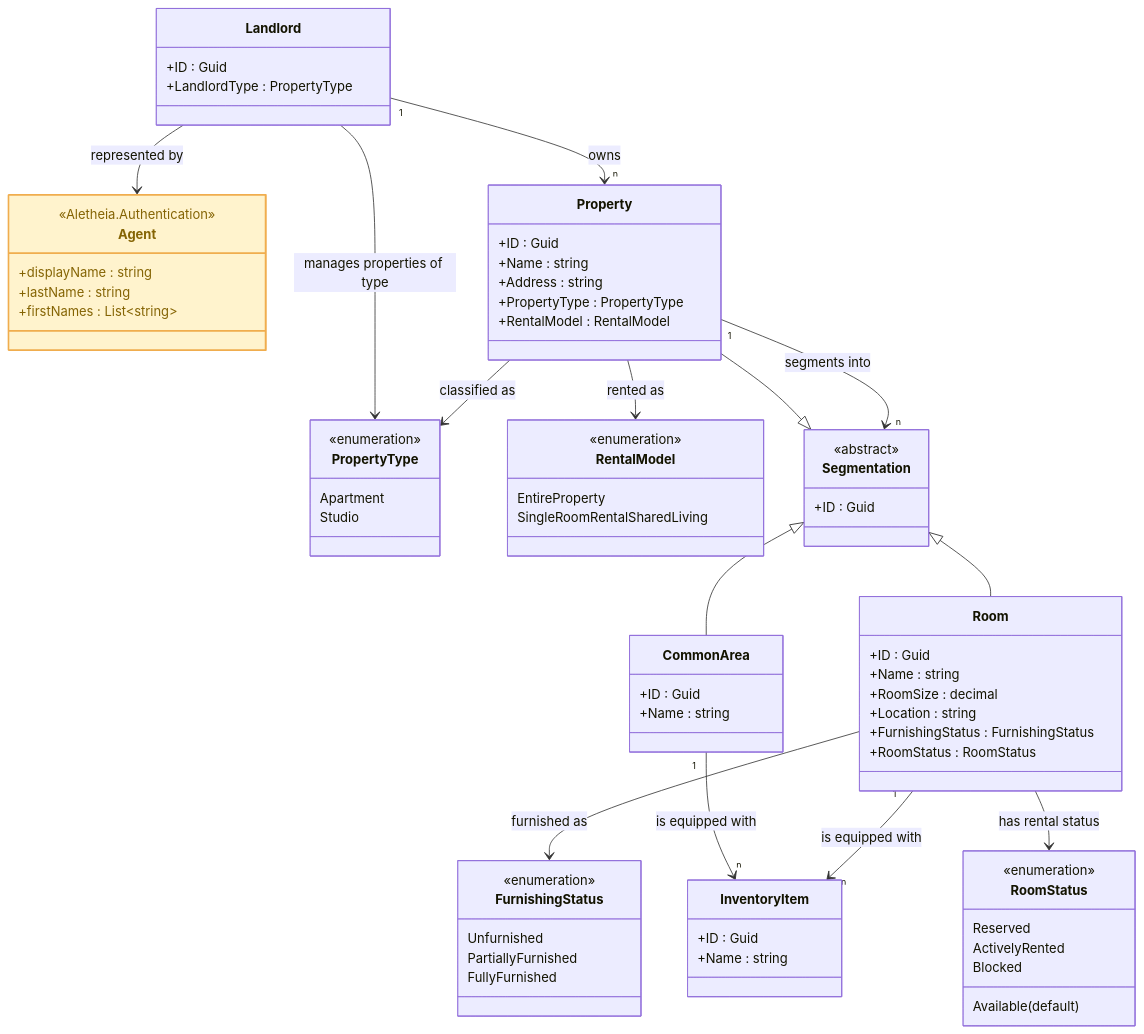
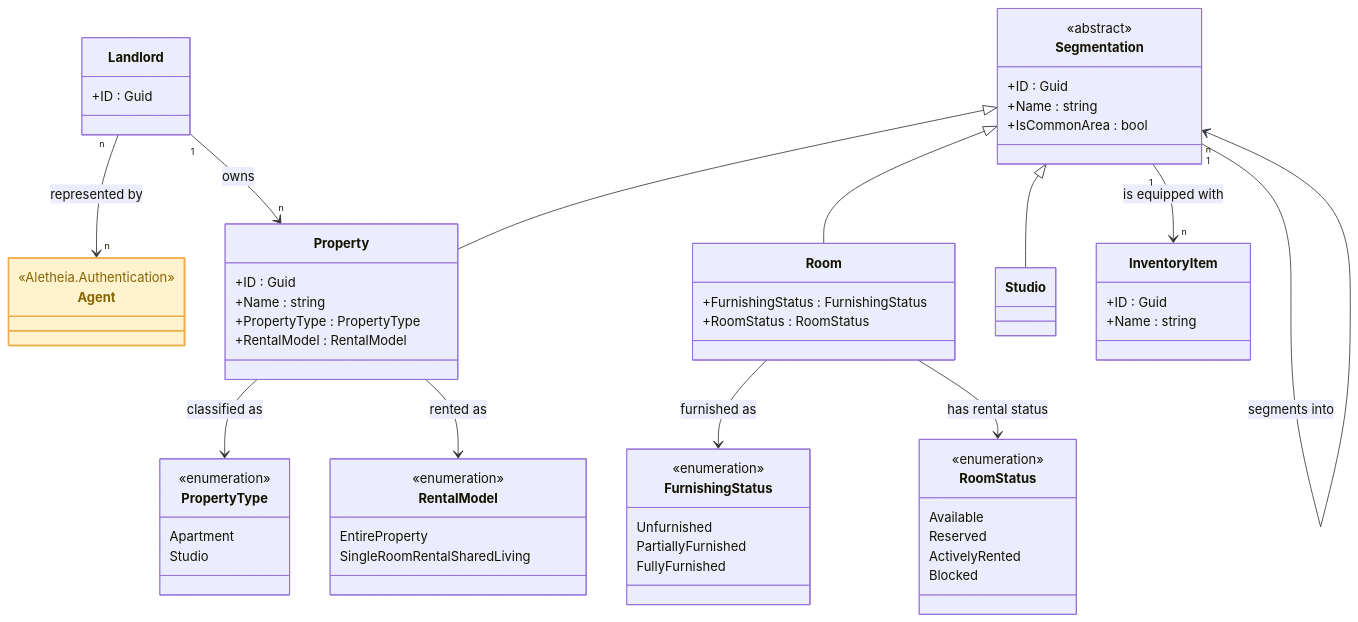
Before and after one commit to Rennnyyy/Homestia: the diagram in Homestia/spec/realestate-domain.mermaid, drawn with Mermaid.

Commit message:
spec: enhance real estate domain

```diff
--- a/Homestia/spec/realestate-domain.mermaid
+++ b/Homestia/spec/realestate-domain.mermaid
@@ -1,98 +1,87 @@
 classDiagram
     direction TB
 
     %% ── CORE: Aletheia.Authentication.Agent (from Aletheia core — NOT our code) ──
     class Agent {
         <<Aletheia.Authentication>>
-        +displayName : string
-        +lastName : string
-        +firstNames : List~string~
     }
 
     %% ── ENUMS ───────────────────────────────────────────────────
     class PropertyType {
         <<enumeration>>
         Apartment
         Studio
     }
 
     class RentalModel {
         <<enumeration>>
         EntireProperty
         SingleRoomRentalSharedLiving
     }
 
     class FurnishingStatus {
         <<enumeration>>
         Unfurnished
         PartiallyFurnished
         FullyFurnished
     }
 
     class RoomStatus {
         <<enumeration>>
-        Available (default)
+        Available
         Reserved
         ActivelyRented
         Blocked
     }
 
     %% ── AGGREGATE: RealEstate ───────────────────────────────────
     class Landlord {
         +ID : Guid
-        +LandlordType : PropertyType
     }
 
     class Property {
         +ID : Guid
         +Name : string
-        +Address : string
         +PropertyType : PropertyType
         +RentalModel : RentalModel
     }
 
     %% ── ABSTRACTION: Segmentation ───────────────────────────────
     class Segmentation {
         <<abstract>>
         +ID : Guid
+        +Name : string
+        +IsCommonArea : bool
     }
 
     class Room {
-        +ID : Guid
-        +Name : string
-        +RoomSize : decimal
-        +Location : string
         +FurnishingStatus : FurnishingStatus
         +RoomStatus : RoomStatus
     }
 
-    class CommonArea {
-        +ID : Guid
-        +Name : string
+    class Studio {
     }
 
     %% ── AGGREGATE: Inventory ────────────────────────────────────
     class InventoryItem {
         +ID : Guid
         +Name : string
     }
 
     %% ── RELATIONSHIPS ───────────────────────────────────────────
     Landlord "1" --> "n" Property : owns
     Segmentation <|-- Property
     Segmentation <|-- Room
-    Segmentation <|-- CommonArea
-    Property "1" --> "n" Segmentation : segments into
-    Room "1" --> "n" InventoryItem : is equipped with
-    CommonArea "1" --> "n" InventoryItem : is equipped with
+    Segmentation <|-- Studio
+    Segmentation "1" --> "n" Segmentation : segments into
+    Segmentation "1" --> "n" InventoryItem : is equipped with
 
-    Landlord --> Agent : represented by
+    Landlord "n" --> "n" Agent : represented by
 
     Property --> PropertyType : classified as
     Property --> RentalModel : rented as
     Room --> FurnishingStatus : furnished as
     Room --> RoomStatus : has rental status
-    Landlord --> PropertyType : manages properties of type
 
     %% ── STYLING ─────────────────────────────────────────────────
     style Agent fill:#fff3cd,stroke:#f0ad4e,stroke-width:2px,color:#856404
```
